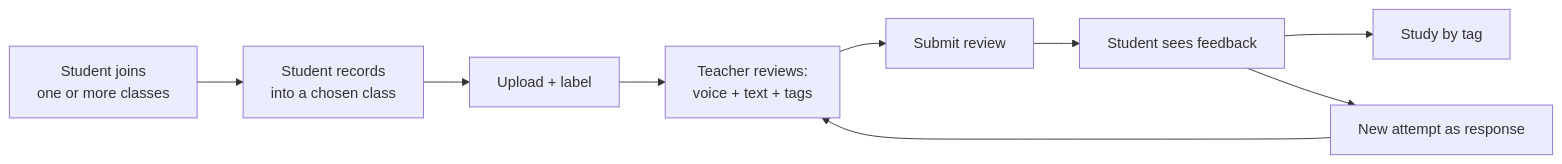
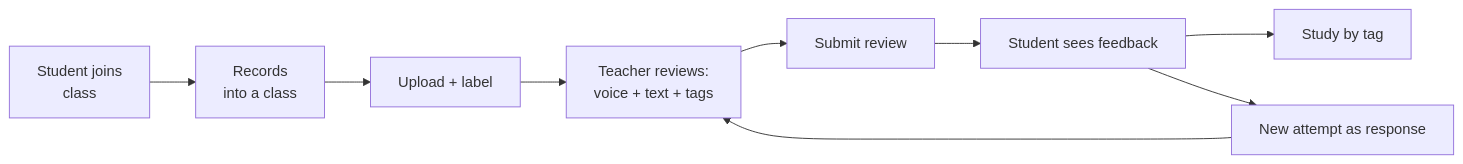
One commit to walidozich/quran-app changed the fourth of 6 diagrams in README.md. Above: the diagram before and after it, drawn with Mermaid. The commit also changed other lines of this file, not shown here.

````diff
--- a/README.md
+++ b/README.md
@@ -153,11 +115,11 @@
 ```mermaid
 flowchart LR
-    J[Student joins<br/>one or more classes] --> A[Student records<br/>into a chosen class]
+    J[Student joins<br/>class] --> A[Records<br/>into a class]
     A --> B[Upload + label]
     B --> C[Teacher reviews:<br/>voice + text + tags]
     C --> D[Submit review]
     D --> E[Student sees feedback]
     E --> F[Study by tag]
     E --> G[New attempt as response]
     G --> C
 ```
````
